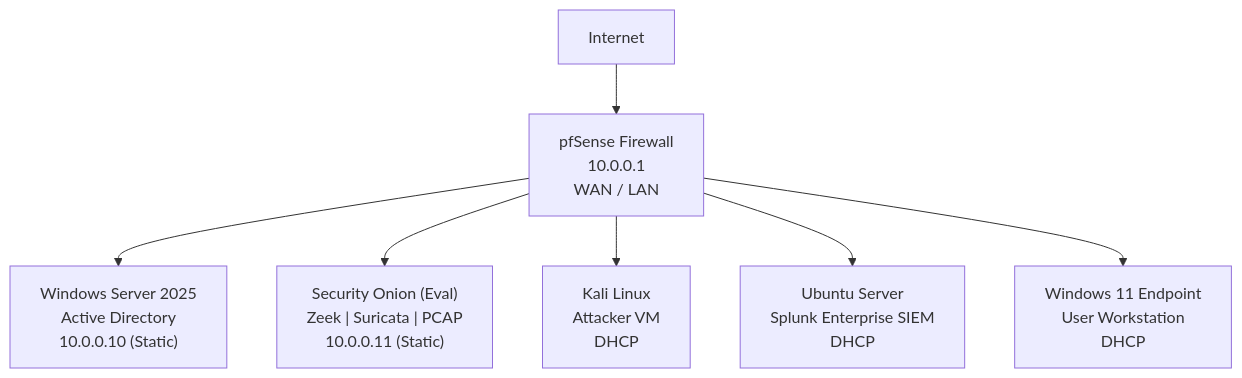
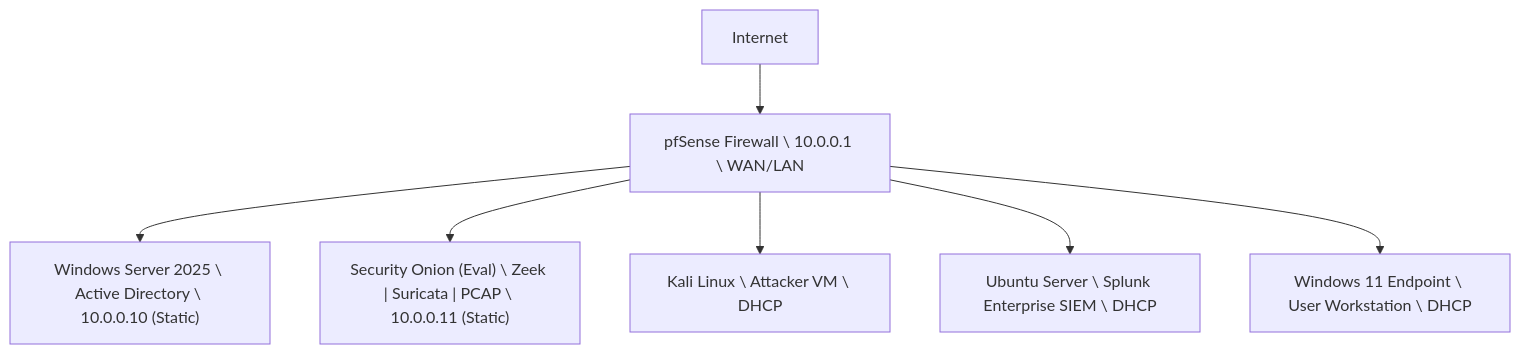
One commit to espcarlo27-byte/jce-cyber-lab changed the first of 2 diagrams in README.md. Above: the diagram before and after it, drawn with Mermaid.

Commit message:
Updated 122425327 README.md

````diff
--- a/README.md
+++ b/README.md
@@ -33,20 +33,20 @@
 ```mermaid
 flowchart TB
     Internet["Internet"]
 
-    pfSense["pfSense Firewall\n10.0.0.1\nWAN / LAN"]
+    pfSense["pfSense Firewall \ 10.0.0.1 \ WAN/LAN"]
 
-    AD["Windows Server 2025\nActive Directory\n10.0.0.10 (Static)"]
-    SO["Security Onion (Eval)\nZeek | Suricata | PCAP\n10.0.0.11 (Static)"]
-    Kali["Kali Linux\nAttacker VM\nDHCP"]
-    Splunk["Ubuntu Server\nSplunk Enterprise SIEM\nDHCP"]
-    Win11["Windows 11 Endpoint\nUser Workstation\nDHCP"]
+    AD["Windows Server 2025 \ Active Directory \ 10.0.0.10 (Static)"]
+    SO["Security Onion (Eval) \ Zeek | Suricata | PCAP \ 10.0.0.11 (Static)"]
+    Kali["Kali Linux \ Attacker VM \ DHCP"]
+    Splunk["Ubuntu Server \ Splunk Enterprise SIEM \ DHCP"]
+    Win11["Windows 11 Endpoint \ User Workstation \ DHCP"]
 
     Internet --> pfSense
 
     pfSense --> AD
     pfSense --> SO
     pfSense --> Kali
     pfSense --> Splunk
     pfSense --> Win11
 ```
````
